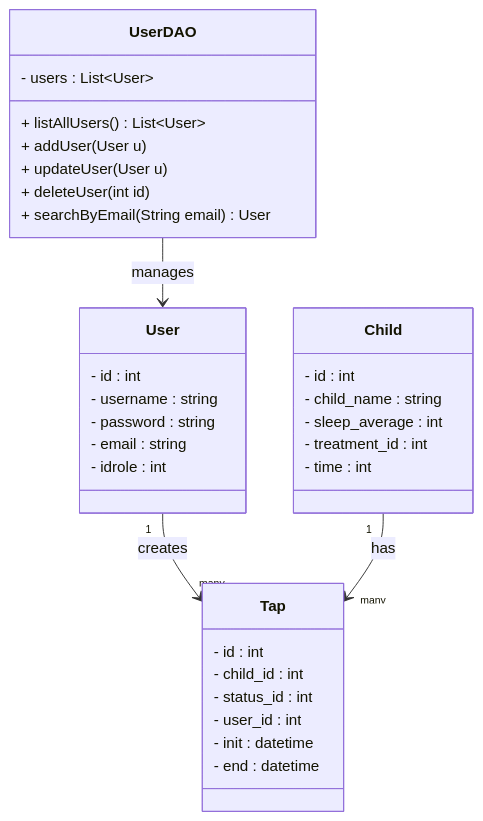
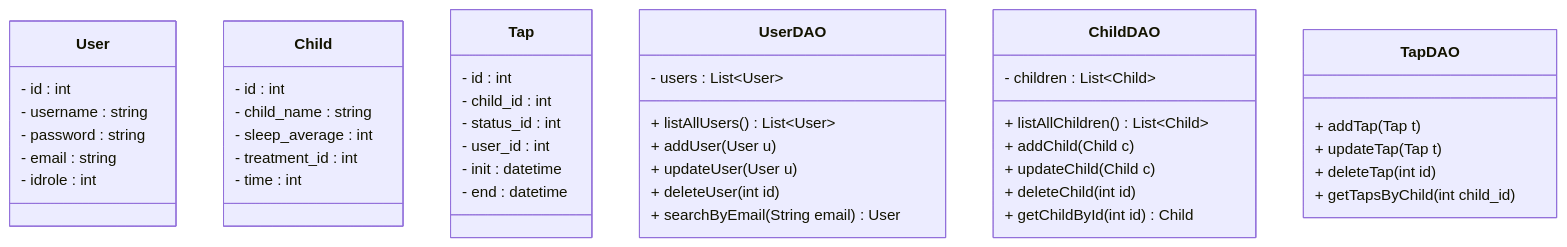
Before and after one commit to Heros190/Entorns-25-26: the diagram in Diagramas mermaid/Prototip2.mmd, drawn with Mermaid.

```diff
--- a/Diagramas mermaid/Prototip2.mmd
+++ b/Diagramas mermaid/Prototip2.mmd
@@ -1,39 +1,51 @@
 classDiagram
 
 class User {
   - id : int
   - username : string
   - password : string
   - email : string
   - idrole : int
 }
 
 class Child {
   - id : int
   - child_name : string
   - sleep_average : int
   - treatment_id : int
   - time : int
 }
 
 class Tap {
   - id : int
   - child_id : int
   - status_id : int
   - user_id : int
   - init : datetime
   - end : datetime
 }
 
 class UserDAO {
   - users : List~User~
   + listAllUsers() List~User~
   + addUser(User u)
   + updateUser(User u)
   + deleteUser(int id)
   + searchByEmail(String email) User
 }
 
-UserDAO --> User : manages
-User "1" --> "many" Tap : creates
-Child "1" --> "many" Tap : has
+class ChildDAO {
+  - children : List~Child~
+  + listAllChildren() List~Child~
+  + addChild(Child c)
+  + updateChild(Child c)
+  + deleteChild(int id)
+  + getChildById(int id) Child
+}
+
+class TapDAO {
+  + addTap(Tap t)
+  + updateTap(Tap t)
+  + deleteTap(int id)
+  + getTapsByChild(int child_id) 
+}
```
